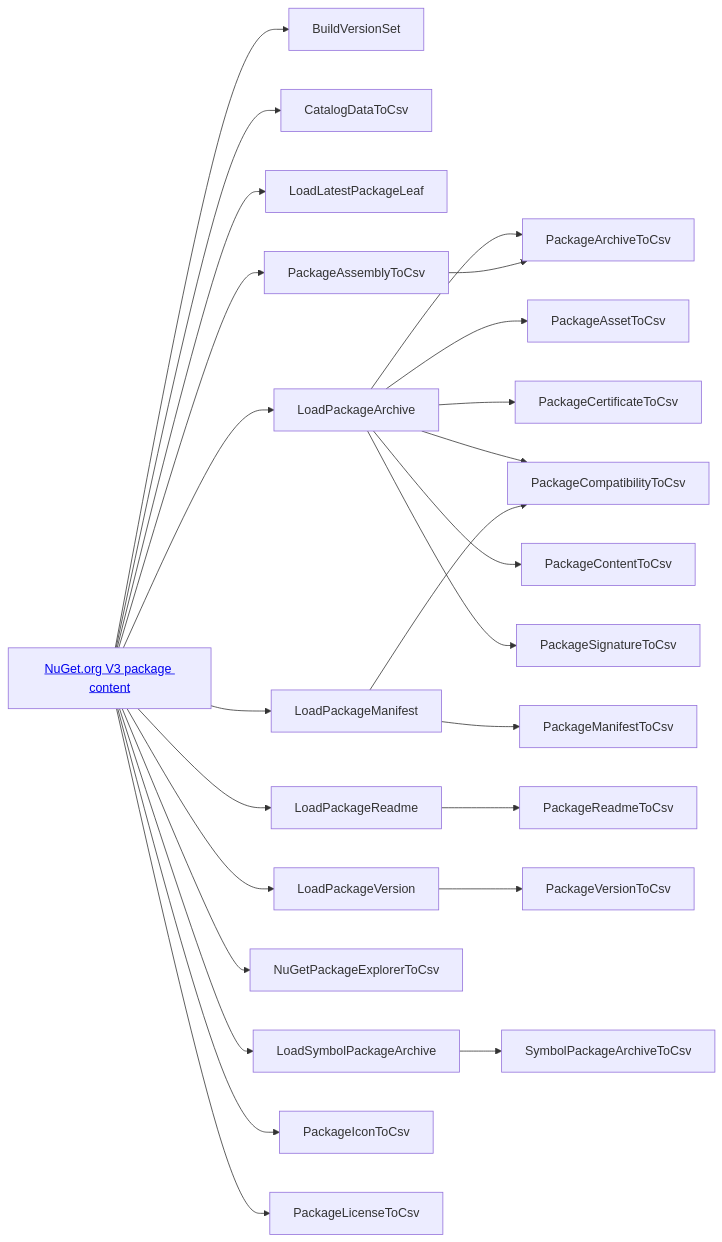
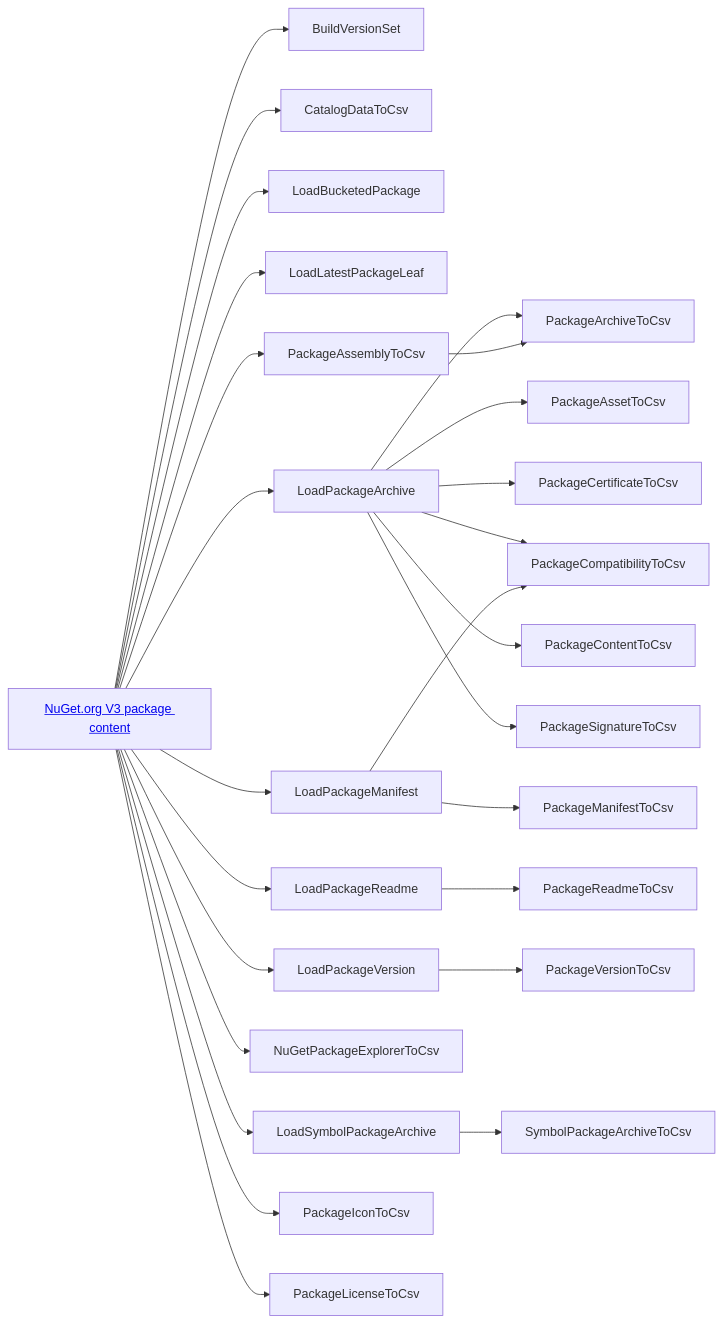
The diagram in docs/drivers/README.md (NuGet/Insights), drawn with Mermaid before and after one commit. The commit also changed other lines of this file and 17 other files, not shown here.

Commit message:
Add LoadBucketedPackage driver to partition packages into Table Storage buckets

````diff
--- a/docs/drivers/README.md
+++ b/docs/drivers/README.md
@@ -60,28 +61,29 @@
 ```mermaid
 flowchart LR
     FlatContainer[<a href='https://learn.microsoft.com/en-us/nuget/api/package-base-address-resource'>NuGet.org V3 package content</a>]
     FlatContainer --> BuildVersionSet
     FlatContainer --> CatalogDataToCsv
+    FlatContainer --> LoadBucketedPackage
     FlatContainer --> LoadLatestPackageLeaf
     FlatContainer --> LoadPackageArchive
     FlatContainer --> LoadPackageManifest
     FlatContainer --> LoadPackageReadme
     FlatContainer --> LoadPackageVersion
     FlatContainer --> LoadSymbolPackageArchive
     FlatContainer --> NuGetPackageExplorerToCsv
     LoadPackageArchive --> PackageArchiveToCsv
     PackageAssemblyToCsv --> PackageArchiveToCsv
     FlatContainer --> PackageAssemblyToCsv
     LoadPackageArchive --> PackageAssetToCsv
     LoadPackageArchive --> PackageCertificateToCsv
     LoadPackageArchive --> PackageCompatibilityToCsv
     LoadPackageManifest --> PackageCompatibilityToCsv
     LoadPackageArchive --> PackageContentToCsv
     FlatContainer --> PackageIconToCsv
     FlatContainer --> PackageLicenseToCsv
     LoadPackageManifest --> PackageManifestToCsv
     LoadPackageReadme --> PackageReadmeToCsv
     LoadPackageArchive --> PackageSignatureToCsv
     LoadPackageVersion --> PackageVersionToCsv
     LoadSymbolPackageArchive --> SymbolPackageArchiveToCsv
 ```
````
